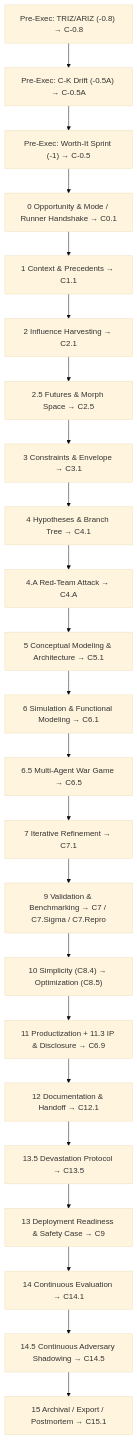
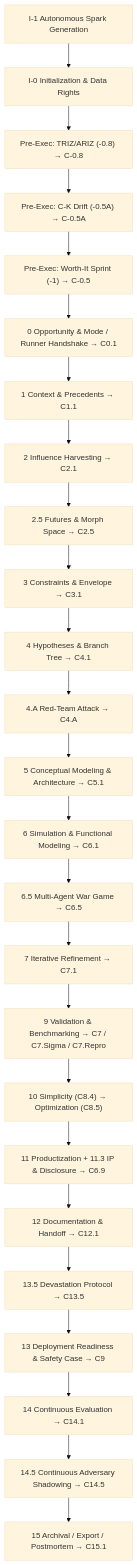
Before and after one commit to lazyxeon/Genesis-Code-Protocol: the first of 2 diagrams in Charts.md, drawn with Mermaid (base theme). The commit also changed other lines of this file, not shown here.

````diff
--- a/Charts.md
+++ b/Charts.md
@@ -7,25 +7,27 @@
 ```mermaid
 flowchart TD
-  A0["Pre-Exec: TRIZ/ARIZ (-0.8) → C-0.8"] --> A1["Pre-Exec: C-K Drift (-0.5A) → C-0.5A"]
-  A1 --> A2["Pre-Exec: Worth-It Sprint (-1) → C-0.5"]
+  I1["I‑1 Autonomous Spark Generation"] --> I0["I‑0 Initialization & Data Rights"]
+  I0 --> A0["Pre‑Exec: TRIZ/ARIZ (-0.8) → C‑0.8"]
+  A0 --> A1["Pre‑Exec: C‑K Drift (-0.5A) → C‑0.5A"]
+  A1 --> A2["Pre‑Exec: Worth‑It Sprint (-1) → C‑0.5"]
   A2 --> B0["0 Opportunity & Mode / Runner Handshake → C0.1"]
   B0 --> B1["1 Context & Precedents → C1.1"]
   B1 --> B2["2 Influence Harvesting → C2.1"]
   B2 --> B25["2.5 Futures & Morph Space → C2.5"]
   B25 --> B3["3 Constraints & Envelope → C3.1"]
   B3 --> B4["4 Hypotheses & Branch Tree → C4.1"]
-  B4 --> B4A["4.A Red-Team Attack → C4.A"]
+  B4 --> B4A["4.A Red‑Team Attack → C4.A"]
   B4A --> B5["5 Conceptual Modeling & Architecture → C5.1"]
   B5 --> B6["6 Simulation & Functional Modeling → C6.1"]
-  B6 --> B65["6.5 Multi-Agent War Game → C6.5"]
+  B6 --> B65["6.5 Multi‑Agent War Game → C6.5"]
   B65 --> B7["7 Iterative Refinement → C7.1"]
   B7 --> B9["9 Validation & Benchmarking → C7 / C7.Sigma / C7.Repro"]
   B9 --> B10["10 Simplicity (C8.4) → Optimization (C8.5)"]
   B10 --> B11["11 Productization + 11.3 IP & Disclosure → C6.9"]
   B11 --> B12["12 Documentation & Handoff → C12.1"]
   B12 --> B135["13.5 Devastation Protocol → C13.5"]
   B135 --> B13["13 Deployment Readiness & Safety Case → C9"]
   B13 --> B14["14 Continuous Evaluation → C14.1"]
   B14 --> B145["14.5 Continuous Adversary Shadowing → C14.5"]
   B145 --> B15["15 Archival / Export / Postmortem → C15.1"]
 ```
````
